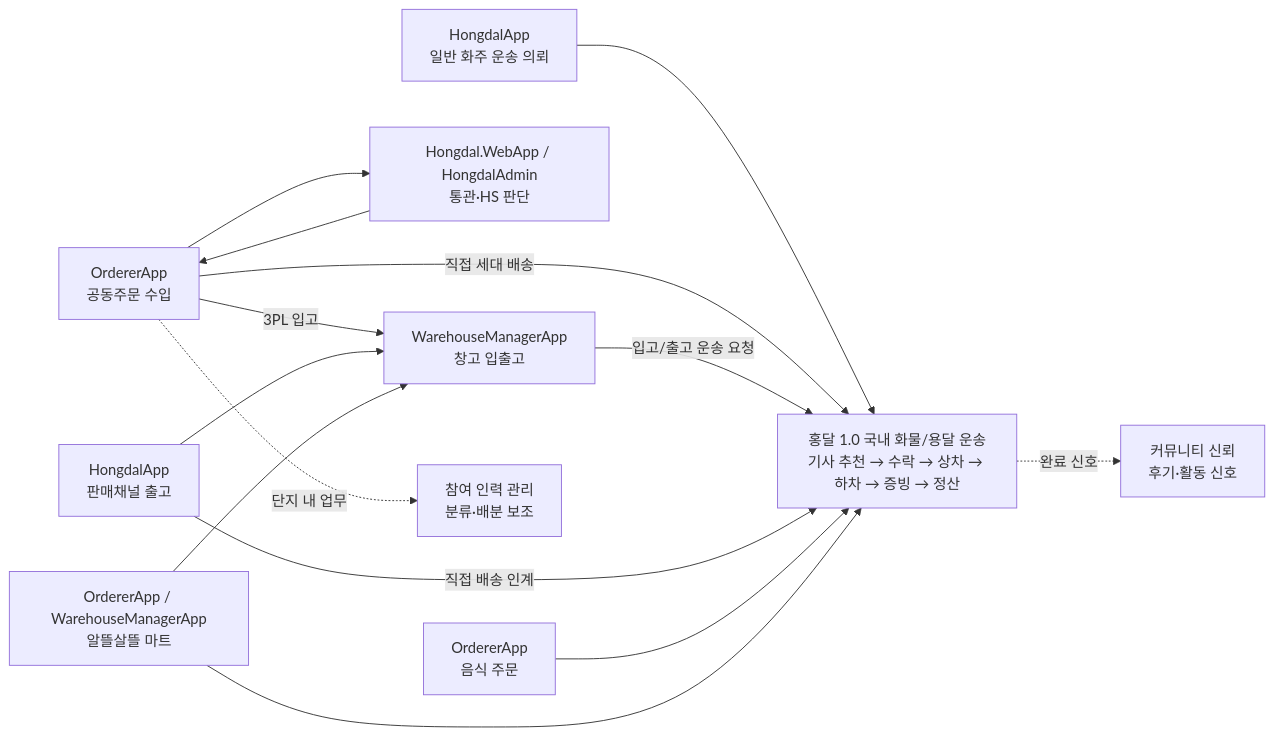
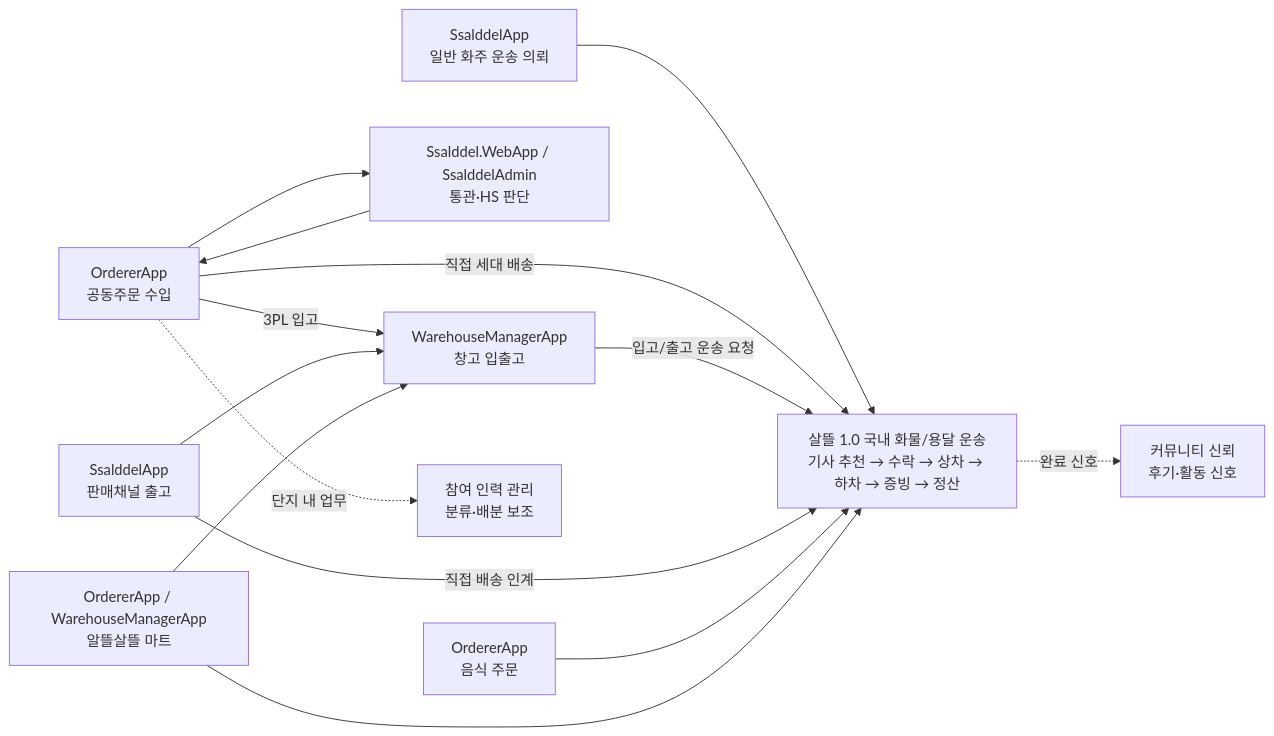
One commit to cheolwo/hongdal changed the second of 9 diagrams in docs/ProjectOverview/workflow-app-screen-map.md. Above: the diagram before and after it, drawn with Mermaid. The commit also changed other lines of this file and 6611 other files, not shown here.

Commit message:
refactor: rename Hongdal to Ssalddel

````diff
--- a/docs/ProjectOverview/workflow-app-screen-map.md
+++ b/docs/ProjectOverview/workflow-app-screen-map.md
@@ -54,26 +54,26 @@
 ```mermaid
 flowchart LR
-    Core["홍달 1.0 국내 화물/용달 운송<br/>기사 추천 → 수락 → 상차 → 하차 → 증빙 → 정산"]
-    Shipper["HongdalApp<br/>일반 화주 운송 의뢰"]
+    Core["살뜰 1.0 국내 화물/용달 운송<br/>기사 추천 → 수락 → 상차 → 하차 → 증빙 → 정산"]
+    Shipper["SsalddelApp<br/>일반 화주 운송 의뢰"]
     Group["OrdererApp<br/>공동주문 수입"]
-    Customs["Hongdal.WebApp / HongdalAdmin<br/>통관·HS 판단"]
+    Customs["Ssalddel.WebApp / SsalddelAdmin<br/>통관·HS 판단"]
     Warehouse["WarehouseManagerApp<br/>창고 입출고"]
-    Sales["HongdalApp<br/>판매채널 출고"]
+    Sales["SsalddelApp<br/>판매채널 출고"]
     Food["OrdererApp<br/>음식 주문"]
     Mart["OrdererApp / WarehouseManagerApp<br/>알뜰살뜰 마트"]
     Community["커뮤니티 신뢰<br/>후기·활동 신호"]
     HR["참여 인력 관리<br/>분류·배분 보조"]
 
     Shipper --> Core
     Group --> Customs --> Group
     Group -->|직접 세대 배송| Core
     Group -->|3PL 입고| Warehouse
     Warehouse -->|입고/출고 운송 요청| Core
     Sales --> Warehouse
     Sales -->|직접 배송 인계| Core
     Food --> Core
     Mart --> Warehouse
     Mart --> Core
     Core -.완료 신호.-> Community
     Group -.단지 내 업무.-> HR
 ```
````
